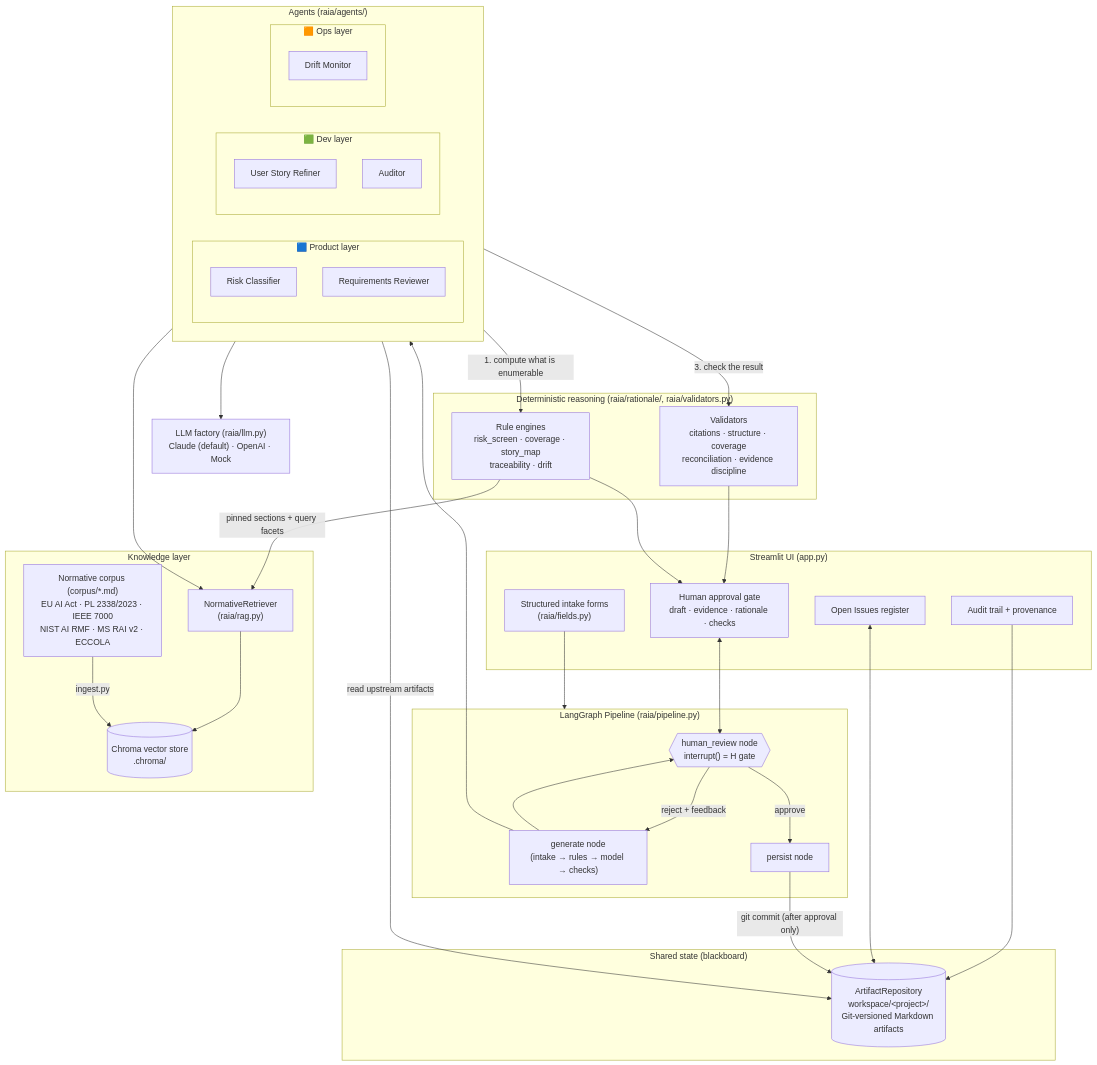
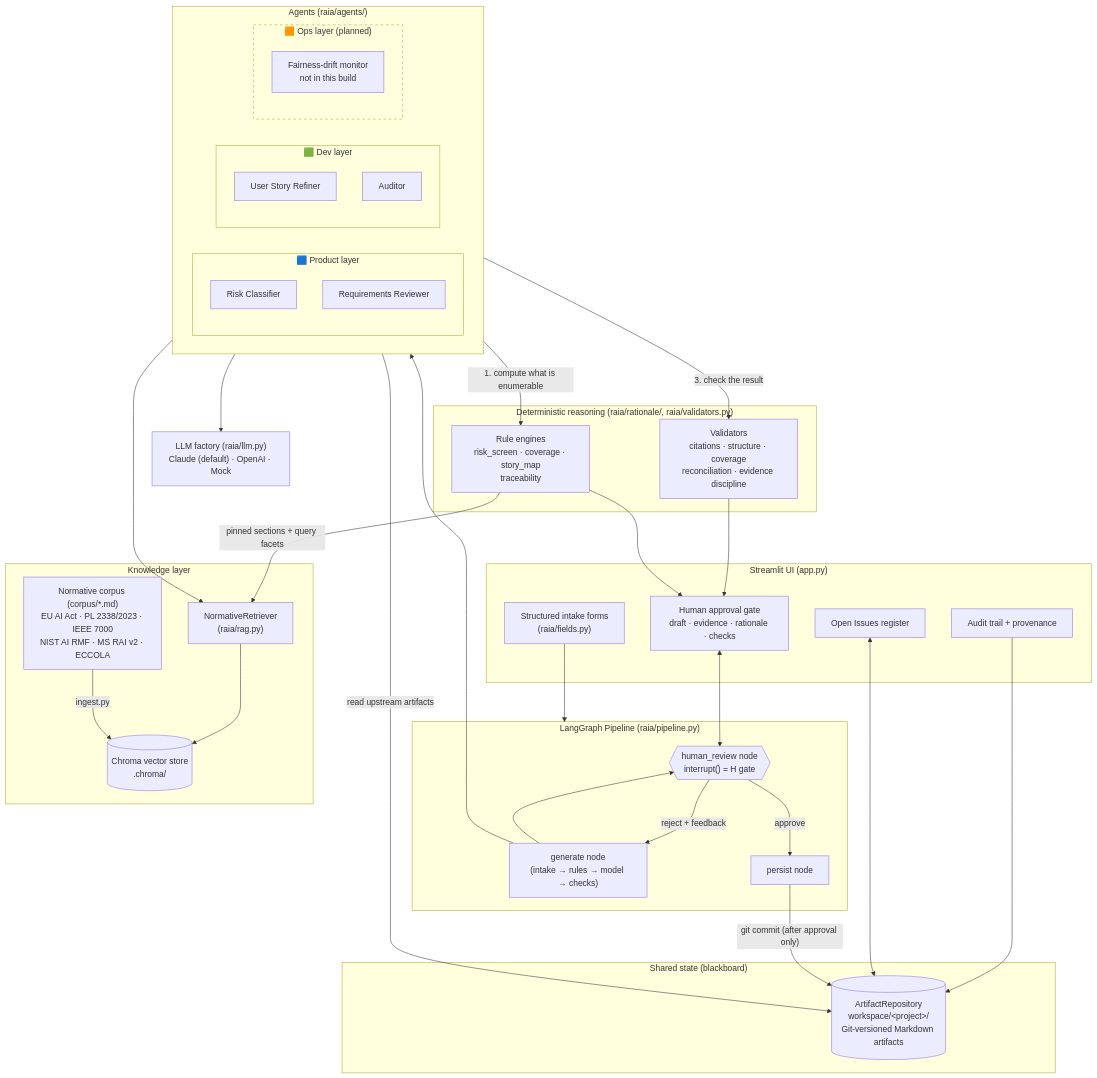
The first of 10 diagrams in docs/architecture.md (DiogoCampanha/raia), drawn with Mermaid before and after one commit. The commit also changed other lines of this file and 42 other files, not shown here.

````diff
--- a/docs/architecture.md
+++ b/docs/architecture.md
@@ -14,66 +18,67 @@
 ```mermaid
 flowchart TB
     subgraph UI["Streamlit UI (app.py)"]
         FORM["Structured intake forms<br/>(raia/fields.py)"]
         REVIEW["Human approval gate<br/>draft · evidence · rationale · checks"]
         ISSUES["Open Issues register"]
         TRAIL["Audit trail + provenance"]
     end
 
     subgraph PIPE["LangGraph Pipeline (raia/pipeline.py)"]
         GEN["generate node<br/>(intake → rules → model → checks)"]
         HUM{{"human_review node<br/>interrupt() = H gate"}}
         PERS["persist node"]
         GEN --> HUM
         HUM -- approve --> PERS
         HUM -- reject + feedback --> GEN
     end
 
     subgraph AGENTS["Agents (raia/agents/)"]
         subgraph PROD["🟦 Product layer"]
             RC["Risk Classifier"]
             RR["Requirements Reviewer"]
         end
         subgraph DEV["🟩 Dev layer"]
             SR["User Story Refiner"]
             AU["Auditor"]
         end
-        subgraph OPS["🟧 Ops layer"]
-            DM["Drift Monitor"]
+        subgraph OPS["🟧 Ops layer (planned)"]
+            DM["Fairness-drift monitor<br/>not in this build"]
         end
     end
 
     subgraph REASON["Deterministic reasoning (raia/rationale/, raia/validators.py)"]
-        ENG["Rule engines<br/>risk_screen · coverage · story_map<br/>traceability · drift"]
+        ENG["Rule engines<br/>risk_screen · coverage · story_map<br/>traceability"]
         VAL["Validators<br/>citations · structure · coverage<br/>reconciliation · evidence discipline"]
     end
 
     subgraph KNOW["Knowledge layer"]
         RAG["NormativeRetriever<br/>(raia/rag.py)"]
         CHROMA[("Chroma vector store<br/>.chroma/")]
         CORPUS["Normative corpus (corpus/*.md)<br/>EU AI Act · PL 2338/2023 · IEEE 7000<br/>NIST AI RMF · MS RAI v2 · ECCOLA"]
     end
 
     subgraph STATE["Shared state (blackboard)"]
         REPO[("ArtifactRepository<br/>workspace/&lt;project&gt;/<br/>Git-versioned Markdown artifacts")]
     end
 
     LLM["LLM factory (raia/llm.py)<br/>Claude (default) · OpenAI · Mock"]
 
     FORM --> PIPE
     REVIEW <--> HUM
     TRAIL --> REPO
     ISSUES <--> REPO
     GEN --> AGENTS
     AGENTS -- "1. compute what is enumerable" --> ENG
     ENG -- "pinned sections + query facets" --> RAG
     AGENTS -- "3. check the result" --> VAL
     VAL --> REVIEW
     ENG --> REVIEW
     AGENTS --> RAG
     RAG --> CHROMA
     CORPUS -- "ingest.py" --> CHROMA
     AGENTS --> LLM
     AGENTS -- "read upstream artifacts" --> REPO
     PERS -- "git commit (after approval only)" --> REPO
+    style OPS stroke-dasharray: 5 5
 ```
````
